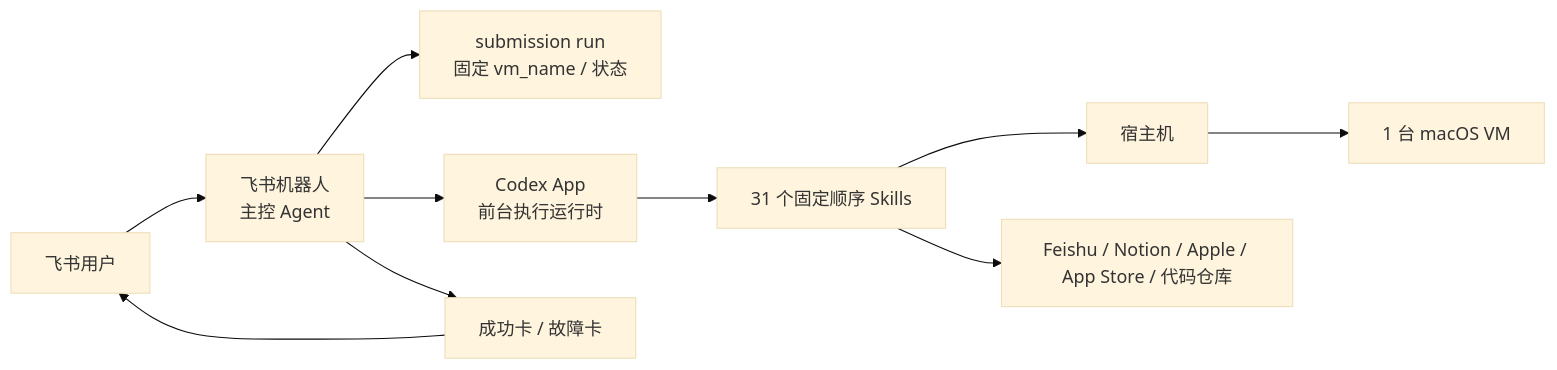
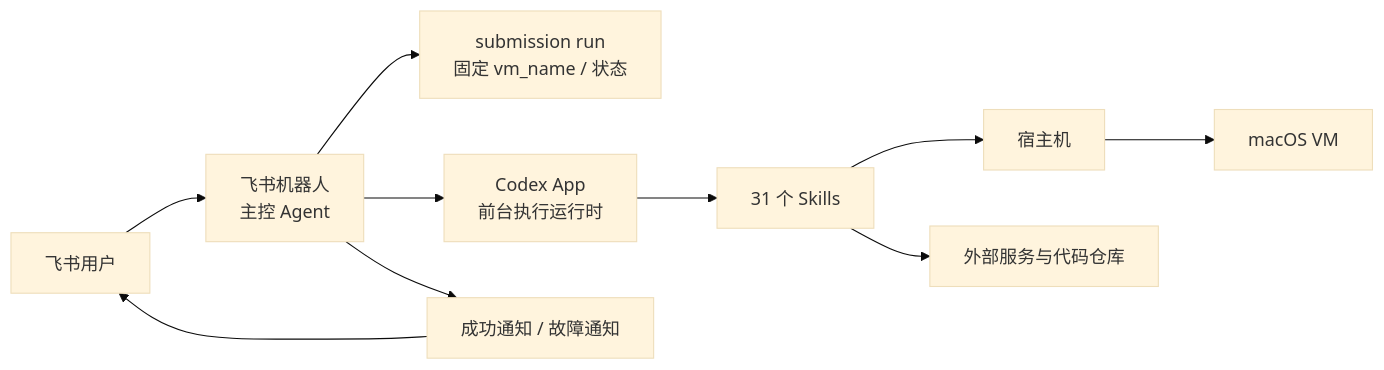
The first of 3 diagrams in README.md (lbql-yhl/mac-submission-automation), drawn with Mermaid (base theme) before and after one commit. The commit also changed other lines of this file and 1 other file, not shown here.

Commit message:
docs: simplify project architecture overview

````diff
--- a/README.md
+++ b/README.md
@@ -35,12 +48,12 @@
 ```mermaid
 flowchart LR
     U[飞书用户] --> F[飞书机器人<br/>主控 Agent]
     F --> R[submission run<br/>固定 vm_name / 状态]
     F --> P[Codex App<br/>前台执行运行时]
-    P --> S[31 个固定顺序 Skills]
+    P --> S[31 个 Skills]
     S --> H[宿主机]
-    H --> V[1 台 macOS VM]
-    S --> X[Feishu / Notion / Apple / App Store / 代码仓库]
-    F --> N[成功卡 / 故障卡]
+    H --> V[macOS VM]
+    S --> X[外部服务与代码仓库]
+    F --> N[成功通知 / 故障通知]
     N --> U
 ```
````
